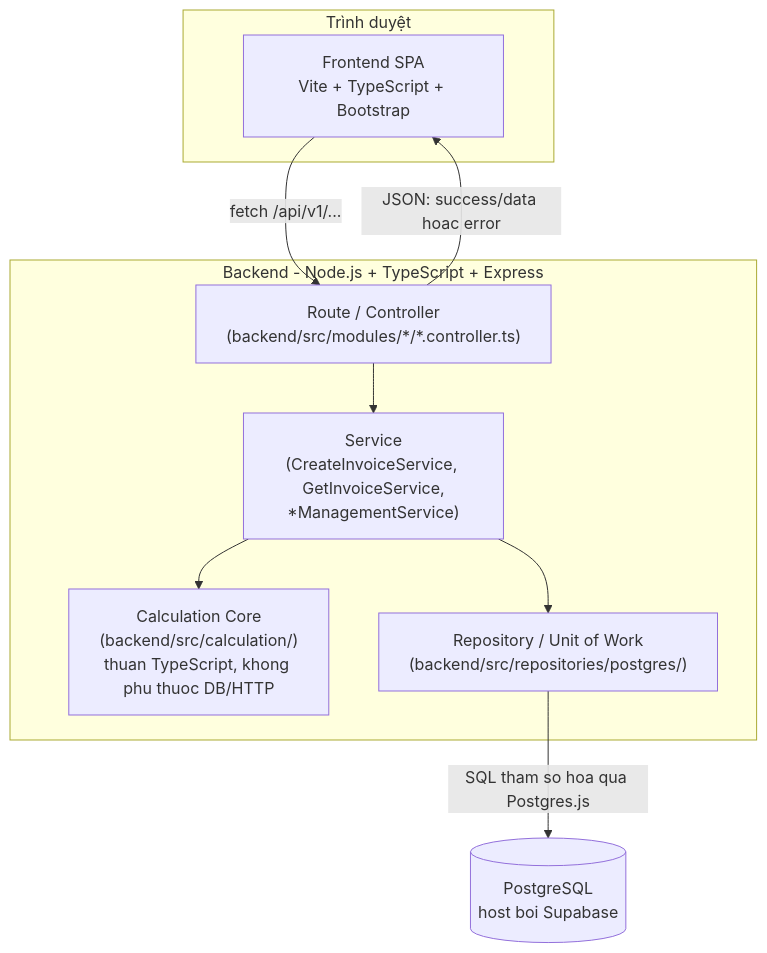
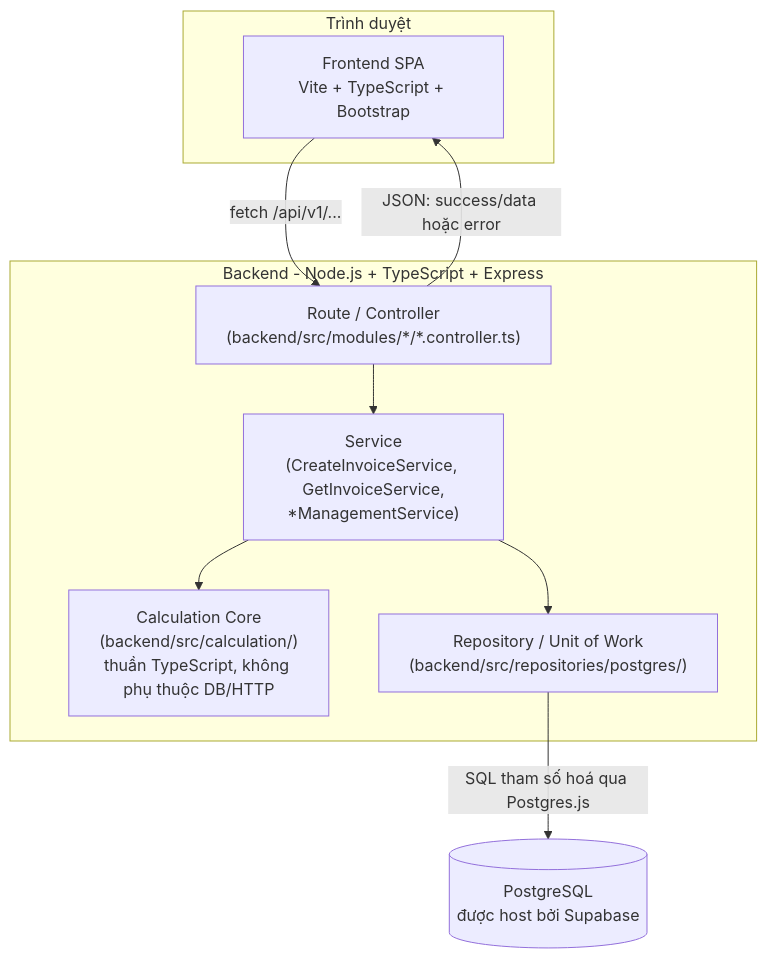
Before and after one commit to QuocThinh271222007/OpenUtilityBill: the first of 4 diagrams in README.md, drawn with Mermaid. The commit also changed other lines of this file, not shown here.

````diff
--- a/README.md
+++ b/README.md
@@ -72,22 +67,22 @@
 ```mermaid
 flowchart TB
     subgraph Browser["Trình duyệt"]
         FE["Frontend SPA<br/>Vite + TypeScript + Bootstrap"]
     end
 
     subgraph Backend["Backend - Node.js + TypeScript + Express"]
         API["Route / Controller<br/>(backend/src/modules/*/*.controller.ts)"]
         SVC["Service<br/>(CreateInvoiceService, GetInvoiceService,<br/>*ManagementService)"]
-        CALC["Calculation Core<br/>(backend/src/calculation/)<br/>thuan TypeScript, khong phu thuoc DB/HTTP"]
+        CALC["Calculation Core<br/>(backend/src/calculation/)<br/>thuần TypeScript, không phụ thuộc DB/HTTP"]
         REPO["Repository / Unit of Work<br/>(backend/src/repositories/postgres/)"]
     end
 
-    DB[("PostgreSQL<br/>host boi Supabase")]
+    DB[("PostgreSQL<br/>được host bởi Supabase")]
 
     FE -- "fetch /api/v1/..." --> API
     API --> SVC
     SVC --> CALC
     SVC --> REPO
-    REPO -- "SQL tham so hoa qua Postgres.js" --> DB
-    API -- "JSON: success/data hoac error" --> FE
+    REPO -- "SQL tham số hoá qua Postgres.js" --> DB
+    API -- "JSON: success/data hoặc error" --> FE
 ```
````
